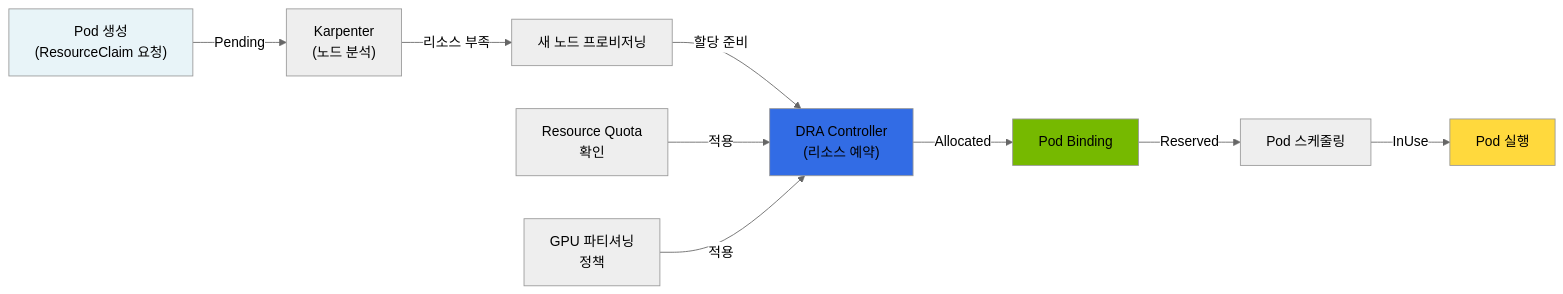
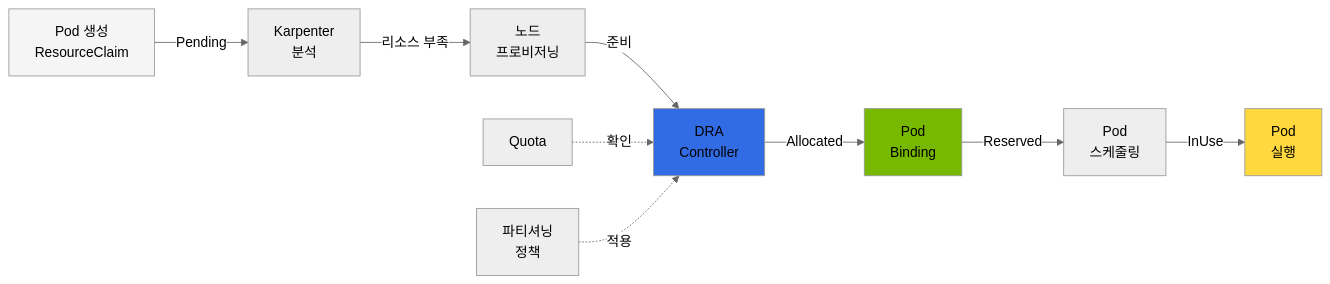
One commit to devfloor9/engineering-playbook changed the fifth of 6 diagrams in docs/agentic-ai-platform/model-serving/gpu-resource-management.md. Above: the diagram before and after it, drawn with Mermaid (neutral theme). The commit also changed other lines of this file and 24 other files, not shown here.

````diff
--- a/docs/agentic-ai-platform/model-serving/gpu-resource-management.md
+++ b/docs/agentic-ai-platform/model-serving/gpu-resource-management.md
@@ -883,17 +966,17 @@
 ```mermaid
-graph LR
-    A["Pod 생성<br/>(ResourceClaim 요청)"] -->|Pending| B["Karpenter<br/>(노드 분석)"]
-    B -->|리소스 부족| C["새 노드 프로비저닝"]
-    C -->|할당 준비| D["DRA Controller<br/>(리소스 예약)"]
-    D -->|Allocated| E["Pod Binding"]
-    E -->|Reserved| F["Pod 스케줄링"]
-    F -->|InUse| G["Pod 실행"]
+flowchart LR
+    A[Pod 생성<br/>ResourceClaim] -->|Pending| B[Karpenter<br/>분석]
+    B -->|리소스 부족| C[노드<br/>프로비저닝]
+    C -->|준비| D[DRA<br/>Controller]
+    D -->|Allocated| E[Pod<br/>Binding]
+    E -->|Reserved| F[Pod<br/>스케줄링]
+    F -->|InUse| G[Pod<br/>실행]
 
-    H["Resource Quota<br/>확인"] -->|적용| D
-    I["GPU 파티셔닝<br/>정책"] -->|적용| D
+    H[Quota] -.->|확인| D
+    I[파티셔닝<br/>정책] -.->|적용| D
 
-    style A fill:#e8f4f8
+    style A fill:#f5f5f5
     style D fill:#326ce5
     style E fill:#76b900
     style G fill:#ffd93d
 ```
````
